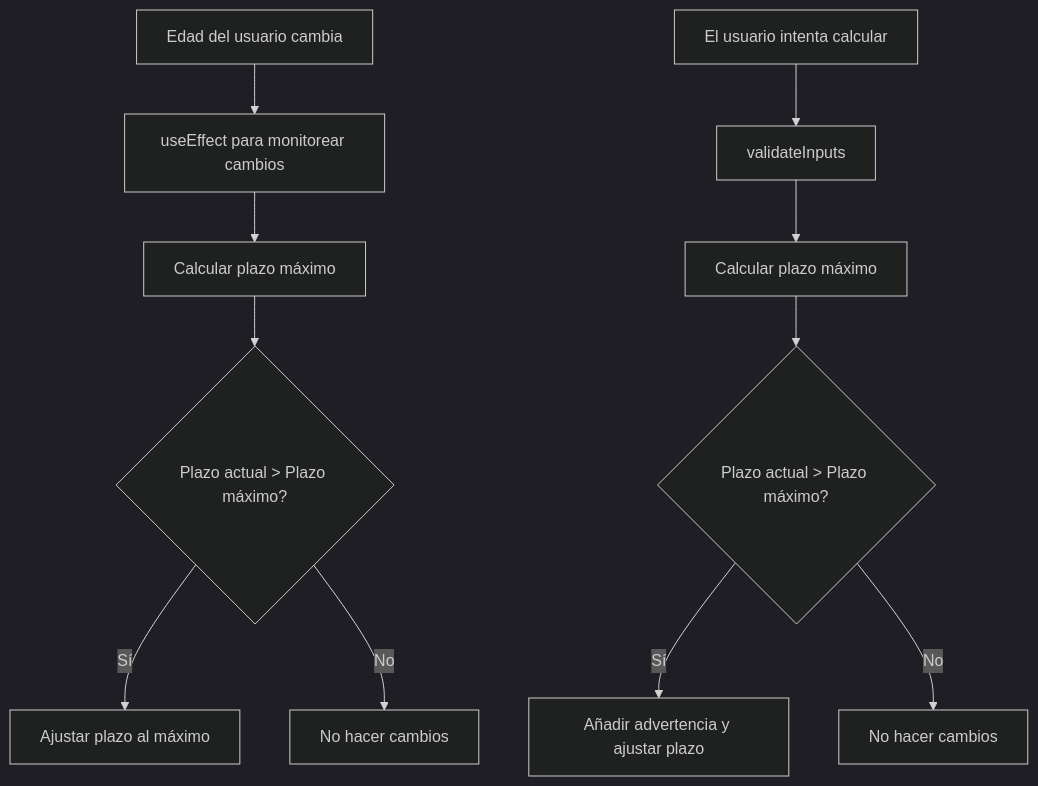
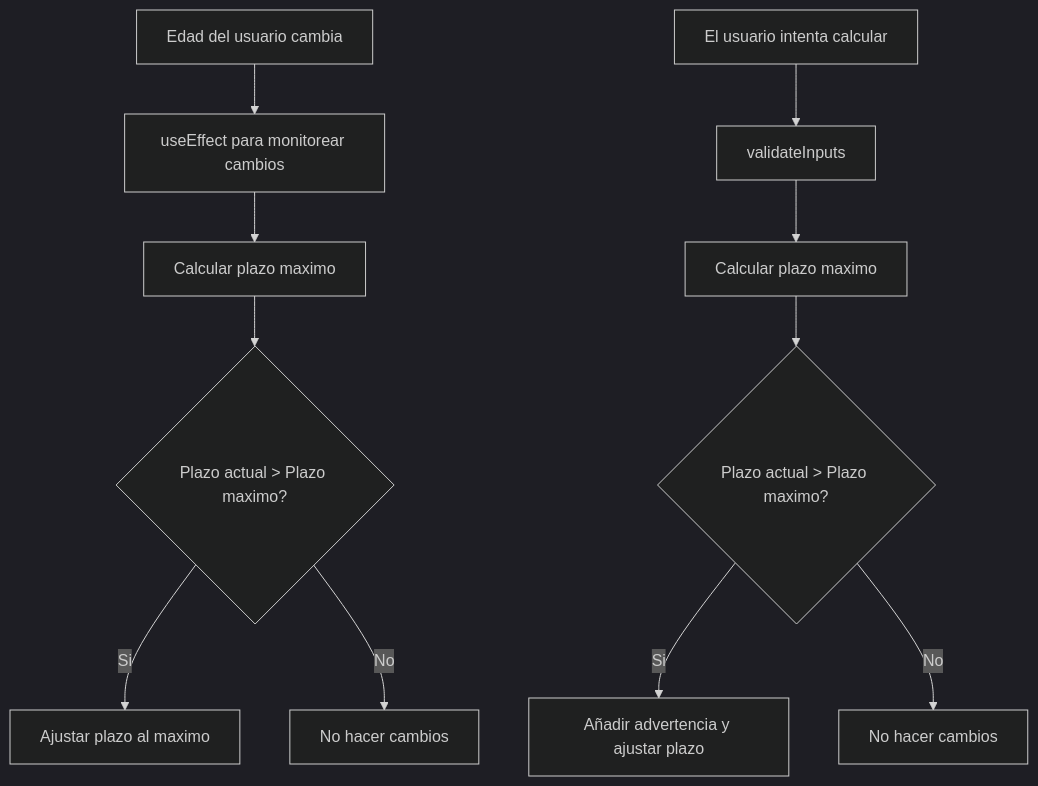
One commit to santiagoblanco22/calculator_dayana changed diagram 12 of 15 in diagrams/validations.md. Above: the diagram before and after it, drawn with Mermaid (dark theme). The commit also changed other lines of this file and 3 other files, not shown here.

````diff
--- a/diagrams/validations.md
+++ b/diagrams/validations.md
@@ -268,14 +268,14 @@
 ```mermaid
 flowchart TD
     A[Edad del usuario cambia] --> B[useEffect para monitorear cambios]
-    B --> C[Calcular plazo máximo]
-    C --> D{Plazo actual > Plazo máximo?}
-    D -->|Sí| E[Ajustar plazo al máximo]
+    B --> C[Calcular plazo maximo]
+    C --> D{Plazo actual > Plazo maximo?}
+    D -->|Si| E[Ajustar plazo al maximo]
     D -->|No| F[No hacer cambios]
 
     G[El usuario intenta calcular] --> H[validateInputs]
-    H --> I[Calcular plazo máximo]
-    I --> J{Plazo actual > Plazo máximo?}
-    J -->|Sí| K[Añadir advertencia y ajustar plazo]
+    H --> I[Calcular plazo maximo]
+    I --> J{Plazo actual > Plazo maximo?}
+    J -->|Si| K[Añadir advertencia y ajustar plazo]
     J -->|No| L[No hacer cambios]
 ```
````
